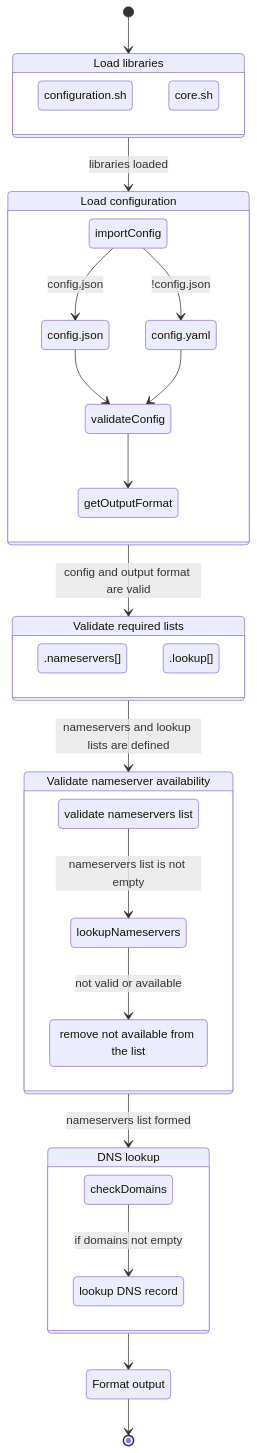
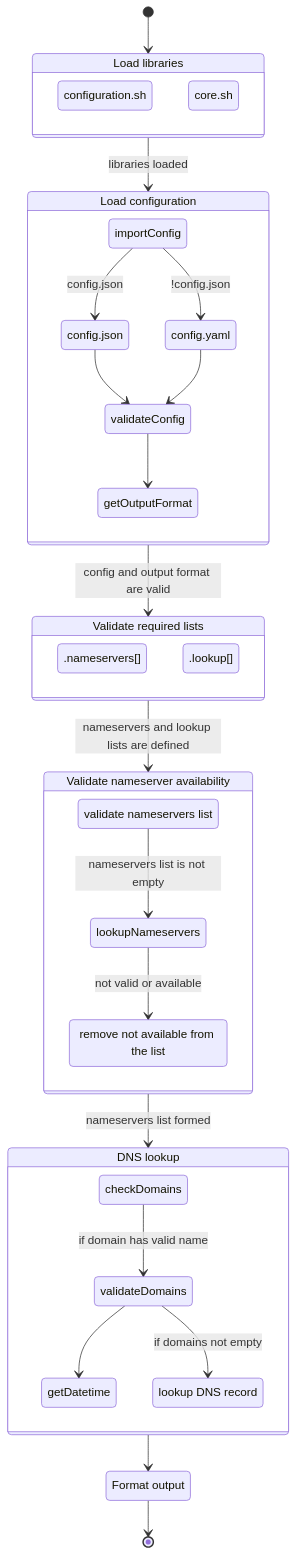
Before and after one commit to iansober/multiple-ns-lookup: the diagram in docs/README.md, drawn with Mermaid.

Commit message:
update main diagram

````diff
--- a/docs/README.md
+++ b/docs/README.md
@@ -3,47 +3,49 @@
 ```mermaid
 stateDiagram
     [*] --> loadLibraries
     loadLibraries: Load libraries
     state loadLibraries {
         configuration.sh
         core.sh
     }
 
     loadLibraries --> loadConfig: libraries loaded
     loadConfig: Load configuration
     state loadConfig {
         importConfig --> config.json: config.json
         importConfig --> config.yaml: !config.json
         config.json --> validateConfig
         config.yaml --> validateConfig
         validateConfig --> getOutputFormat
     }
 
     loadConfig --> validateLists: config and output format are valid
     validateLists: Validate required lists
     state validateLists {
         checkNameserversList: .nameservers[]
         checkLookupList: .lookup[]
     }
 
     validateLists --> tryNameservers: nameservers and lookup lists are defined
     tryNameservers: Validate nameserver availability
     state tryNameservers {
         checkList --> lookupNameservers: nameservers list is not empty
         lookupNameservers --> unsetNotValid: not valid or available
         checkList: validate nameservers list
         unsetNotValid: remove not available from the list
     }
 
     tryNameservers --> lookup: nameservers list formed
     lookup: DNS lookup
     state lookup {
-        checkDomains --> lookupDNSRecord: if domains not empty
+        checkDomains --> validateDomains: if domain has valid name
+        validateDomains --> getDatetime
+        validateDomains --> lookupDNSRecord: if domains not empty
         lookupDNSRecord: lookup DNS record
     }
 
     lookup --> formatOutput
     formatOutput: Format output
 
     formatOutput --> [*]
 ```
````
